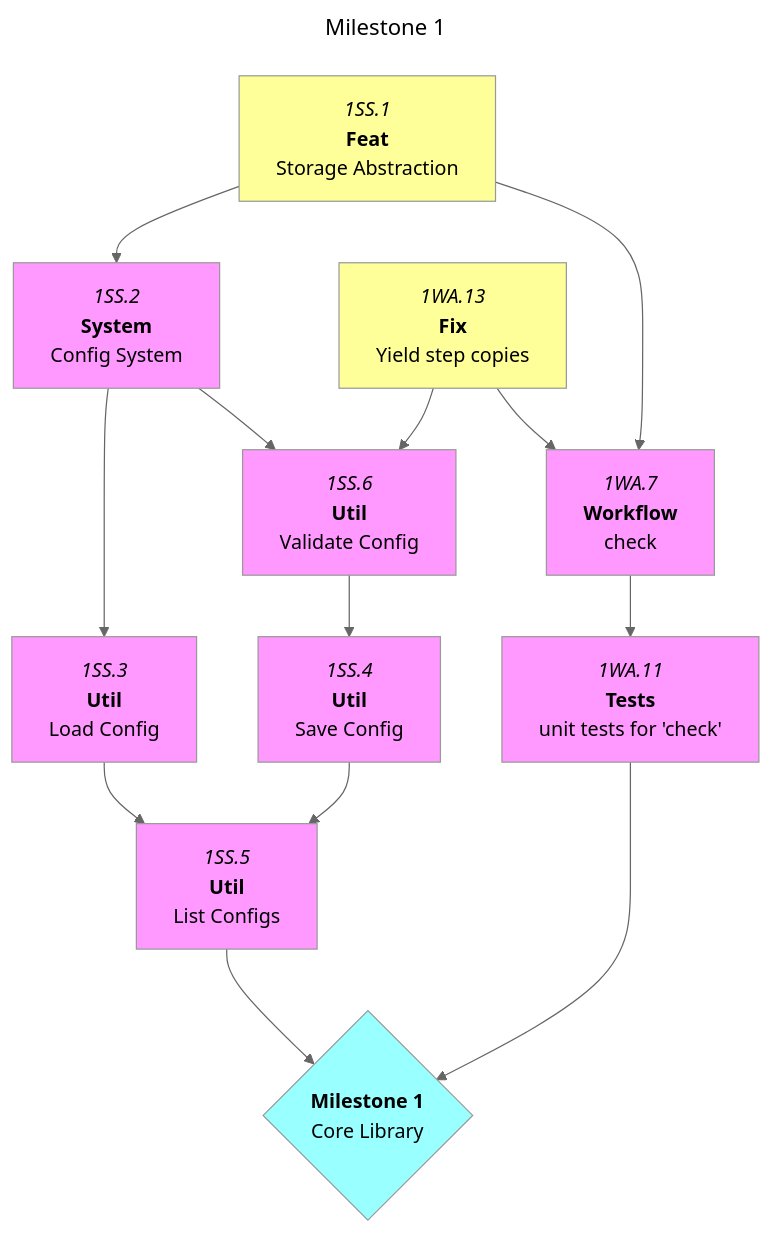
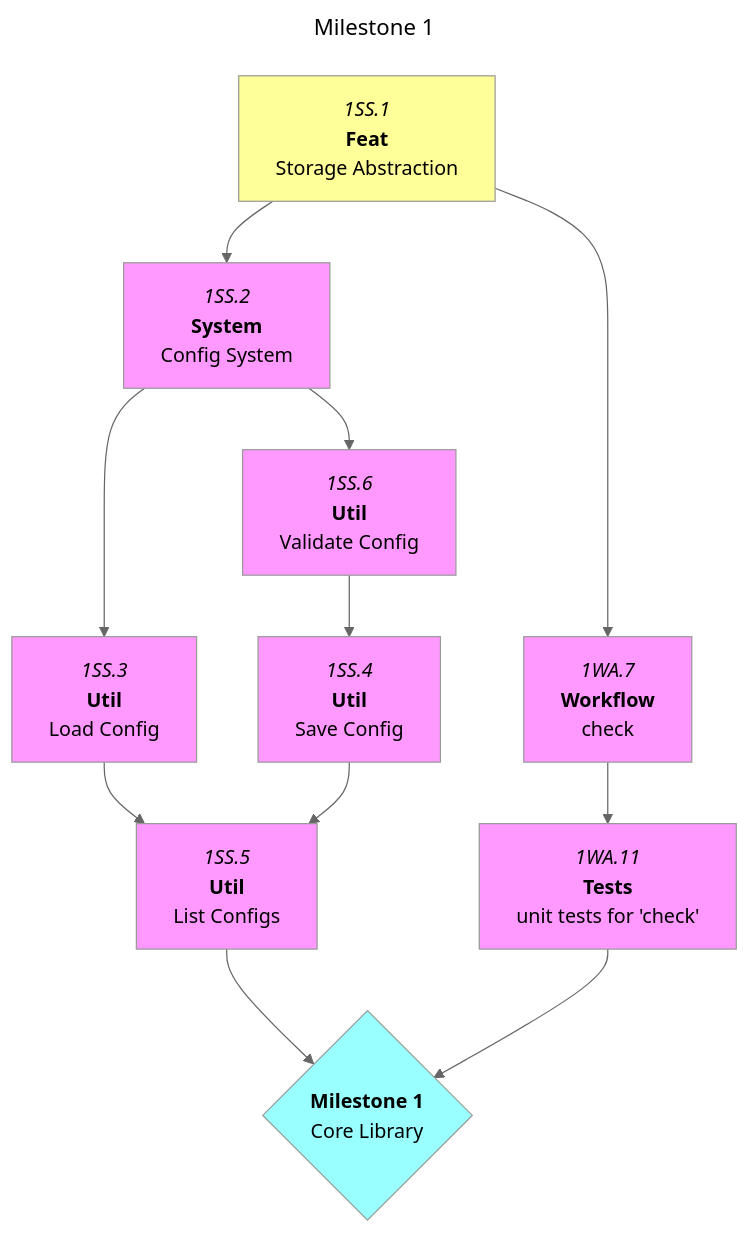
One commit to foundersandcoders/iris changed the first of 6 diagrams in docs/roadmaps/mvp.md. Above: the diagram before and after it, drawn with Mermaid (neutral theme). The commit also changed other lines of this file, not shown here.

Commit message:
docs: update roadmap

````diff
--- a/docs/roadmaps/mvp.md
+++ b/docs/roadmaps/mvp.md
@@ -58,23 +58,22 @@
 ```mermaid
 ---
 title: Milestone 1
 ---
 graph TD
 
 1SS.1["`*1SS.1*<br/>**Feat**<br/>Storage Abstraction`"]:::open --> 1SS.2 & 1WA.7
 1SS.2["`*1SS.2*<br/>**System**<br/>Config System`"] --> 1SS.3 & 1SS.6
 1SS.3["`*1SS.3*<br/>**Util**<br/>Load Config`"] --> 1SS.5
 1SS.4["`*1SS.4*<br/>**Util**<br/>Save Config`"] --> 1SS.5
 1SS.5["`*1SS.5*<br/>**Util**<br/>List Configs`"] --> m1
 1SS.6["`*1SS.6*<br/>**Util**<br/>Validate Config`"] --> 1SS.4
 
 1WA.7["`*1WA.7*<br/>**Workflow**<br/>check`"] --> 1WA.11
 1WA.11["`*1WA.11*<br/>**Tests**<br/>unit tests for 'check'`"] --> m1
-1WA.13["`*1WA.13*<br/>**Fix**</br>Yield step copies`"]:::open --> 1SS.6 & 1WA.7
 
 m1{"`**Milestone 1**<br/>Core Library`"}:::mile
 
 classDef default,blocked fill:#f9f;
 classDef open fill:#ff9;
 classDef mile fill:#9ff;
 ```
````
